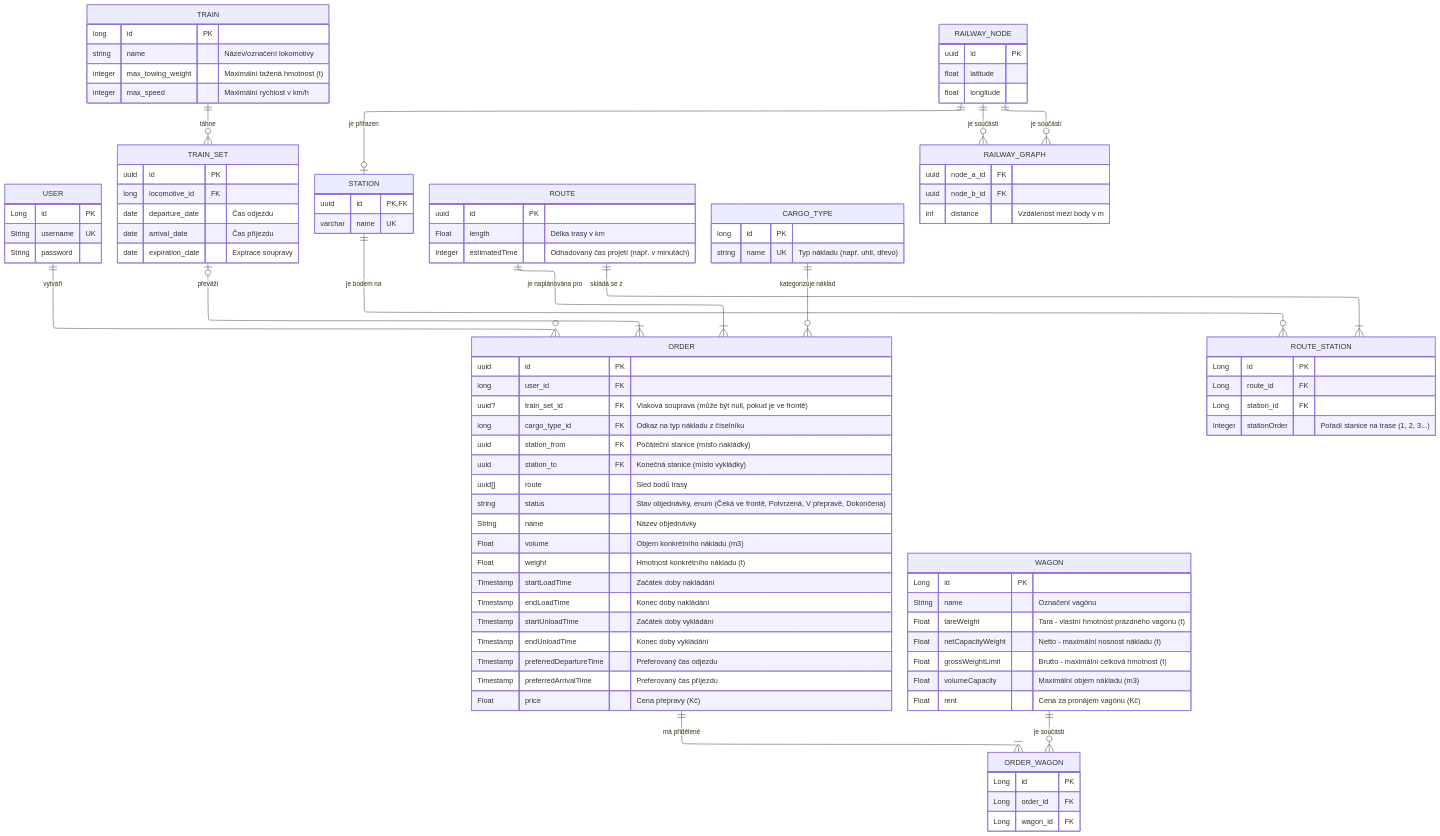
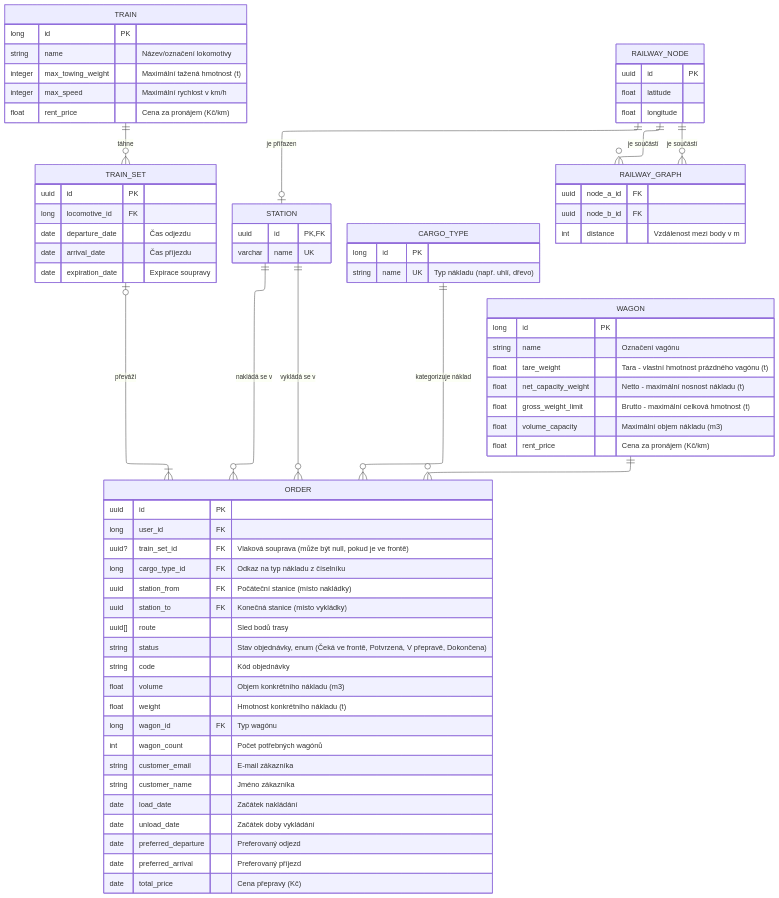
Before and after one commit to Heymuch/rocnikovy-projekt: the diagram in database/README.md, drawn with Mermaid.

Commit message:
Finální úpravy do návrhu struktury databáze

```diff
--- a/database/README.md
+++ b/database/README.md
@@ -14,38 +14,28 @@
         uuid station_to FK "Konečná stanice (místo vykládky)"
         uuid[] route "Sled bodů trasy"
         string status "Stav objednávky, enum (Čeká ve frontě, Potvrzená, V přepravě, Dokončena)"
-        String name "Název objednávky"
-        Float volume "Objem konkrétního nákladu (m3)"
-        Float weight "Hmotnost konkrétního nákladu (t)"
-        Timestamp startLoadTime "Začátek doby nakládání"
-        Timestamp endLoadTime "Konec doby nakládání"
-        Timestamp startUnloadTime "Začátek doby vykládání"
-        Timestamp endUnloadTime "Konec doby vykládání"
-        Timestamp preferredDepartureTime "Preferovaný čas odjezdu"
-        Timestamp preferredArrivalTime "Preferovaný čas příjezdu"
-        Float price "Cena přepravy (Kč)"
-    }
-    
-    USER {
-        Long id PK
-        String username UK
-        String password
+        string code "Kód objednávky"
+        float volume "Objem konkrétního nákladu (m3)"
+        float weight "Hmotnost konkrétního nákladu (t)"
+        long wagon_id FK "Typ wagónu"
+        int wagon_count "Počet potřebných wagónů"
+        string customer_email "E-mail zákazníka"
+        string customer_name "Jméno zákazníka"
+        date load_date "Začátek nakládání"
+        date unload_date "Začátek doby vykládání"
+        date preferred_departure "Preferovaný odjezd"
+        date preferred_arrival "Preferovaný příjezd"
+        date total_price "Cena přepravy (Kč)"
     }
 
     WAGON {
-        Long id PK
-        String name "Označení vagónu"
-        Float tareWeight "Tara - vlastní hmotnost prázdného vagónu (t)"
-        Float netCapacityWeight "Netto - maximální nosnost nákladu (t)"
-        Float grossWeightLimit "Brutto - maximální celková hmotnost (t)"
-        Float volumeCapacity "Maximální objem nákladu (m3)"
-        Float rent "Cena za pronájem vagónu (Kč)"
-    }
-
-    ORDER_WAGON {
-        Long id PK
-        Long order_id FK
-        Long wagon_id FK
+        long id PK
+        string name "Označení vagónu"
+        float tare_weight "Tara - vlastní hmotnost prázdného vagónu (t)"
+        float net_capacity_weight "Netto - maximální nosnost nákladu (t)"
+        float gross_weight_limit "Brutto - maximální celková hmotnost (t)"
+        float volume_capacity "Maximální objem nákladu (m3)"
+        float rent_price "Cena za pronájem (Kč/km)"
     }
 
     TRAIN {
@@ -53,6 +43,7 @@
         string name "Název/označení lokomotivy"
         integer max_towing_weight "Maximální tažená hmotnost (t)"
         integer max_speed "Maximální rychlost v km/h"
+        float rent_price "Cena za pronájem (Kč/km)"
     }
 
     TRAIN_SET {
@@ -67,19 +58,6 @@
     STATION {
         uuid id PK, FK
         varchar name UK
-    }
-
-    ROUTE {
-        uuid id PK
-        Float length "Délka trasy v km"
-        Integer estimatedTime "Odhadovaný čas projetí (např. v minutách)"
-    }
-
-    ROUTE_STATION {
-        Long id PK
-        Long route_id FK
-        Long station_id FK
-        Integer stationOrder "Pořadí stanice na trase (1, 2, 3...)"
     }
 
     CARGO_TYPE {
@@ -102,25 +80,16 @@
 
 %% Vztahy
 
-%% USER má nula až víc ORDER. ORDER má právě jednoho USER.
-    USER ||--o{ ORDER : "vytváří"
-
 %% TRAIN má nula až víc TRAIN SET. TRAIN SET má vždy jednu TRAIN.
     TRAIN ||--o{ TRAIN_SET : "táhne"
 
 %% ROUTE má dvě až více stanic (značeno jako 1..N), STATION má nula až více ROUTE
-    ROUTE ||--|{ ROUTE_STATION : "skládá se z"
-    STATION ||--o{ ROUTE_STATION : "je bodem na"
+    STATION ||--o{ ORDER : "nakládá se v"
+    STATION ||--o{ ORDER : "vykládá se v"
 
 %% CARGO_TYPE má nula nebo více ORDER. ORDER má právě jednu CARGO_TYPE.
     CARGO_TYPE ||--o{ ORDER : "kategorizuje náklad"
-
-%% ORDER má právě jednu ROUTE. ROUTE má jednu až víc ORDER.
-    ROUTE ||--|{ ORDER : "je naplánována pro"
-
-%% ORDER má jeden až více WAGON a WAGON má nula až více ORDER
-    ORDER ||--|{ ORDER_WAGON : "má přidělené"
-    WAGON ||--o{ ORDER_WAGON : "je součástí"
+    WAGON ||--o{ ORDER : ""
 
 %% TRAIN SET má jedna až více ORDER, ORDER má nula až jeden TRAIN SET.
     TRAIN_SET |o--|{ ORDER : "převáží"
```
